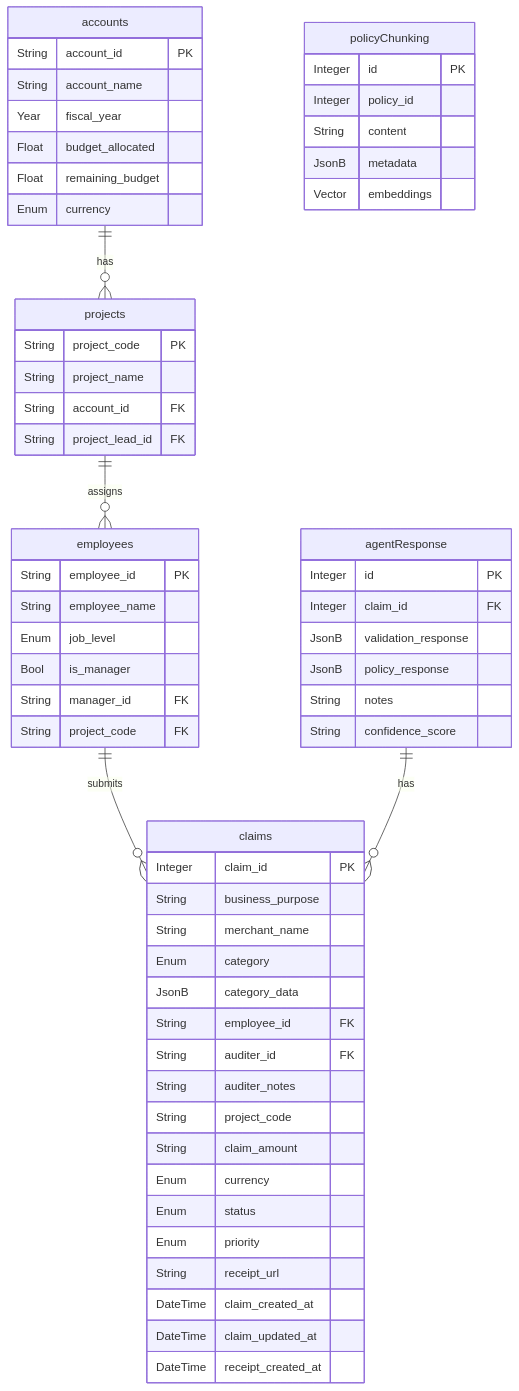
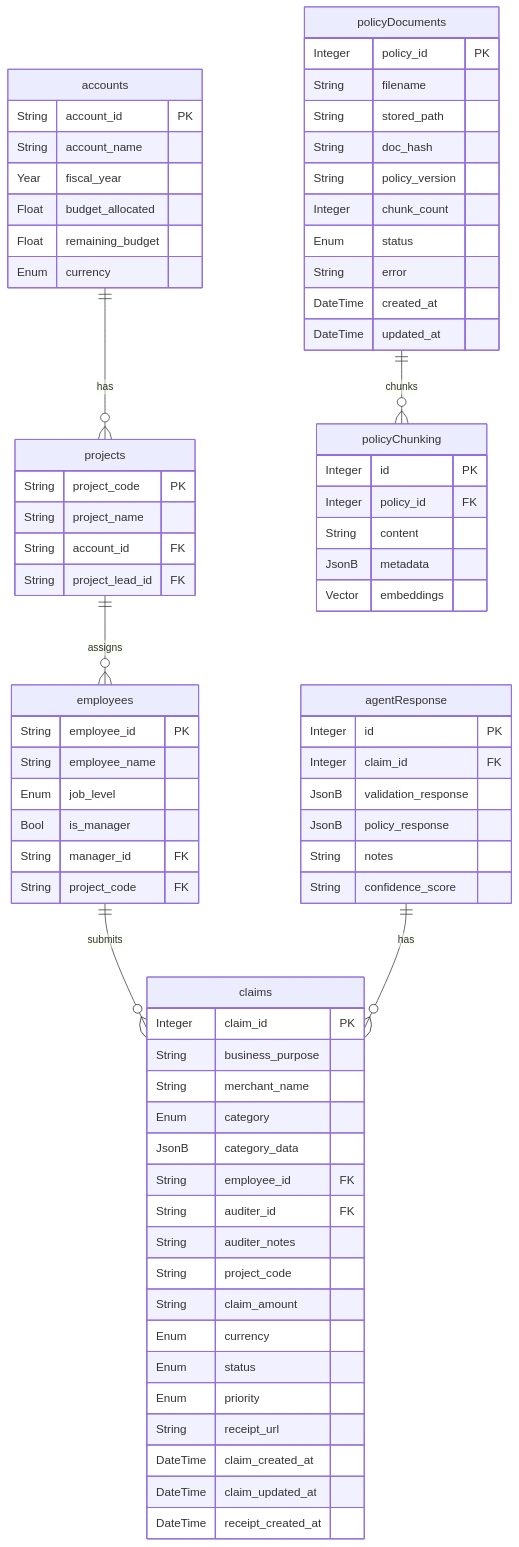
Before and after one commit to sreyas-dev-w/ai-expense-audit-assistant: the diagram in docs/schemas/database-schema.md, drawn with Mermaid. The commit also changed other lines of this file and 36 other files, not shown here.

````diff
--- a/docs/schemas/database-schema.md
+++ b/docs/schemas/database-schema.md
@@ -62,9 +62,22 @@
         String confidence_score
     }
 
+    policyDocuments{
+        Integer policy_id PK
+        String filename
+        String stored_path
+        String doc_hash
+        String policy_version
+        Integer chunk_count
+        Enum status
+        String error
+        DateTime created_at
+        DateTime updated_at
+    }
+
     policyChunking{
         Integer id PK
-        Integer policy_id
+        Integer policy_id FK
         String content
         JsonB metadata
         Vector embeddings
@@ -74,4 +87,5 @@
     projects ||--o{ employees : "assigns"
     employees ||--o{ claims : "submits"
     agentResponse ||--o{ claims : "has"
+    policyDocuments ||--o{ policyChunking : "chunks"
 ```
````
